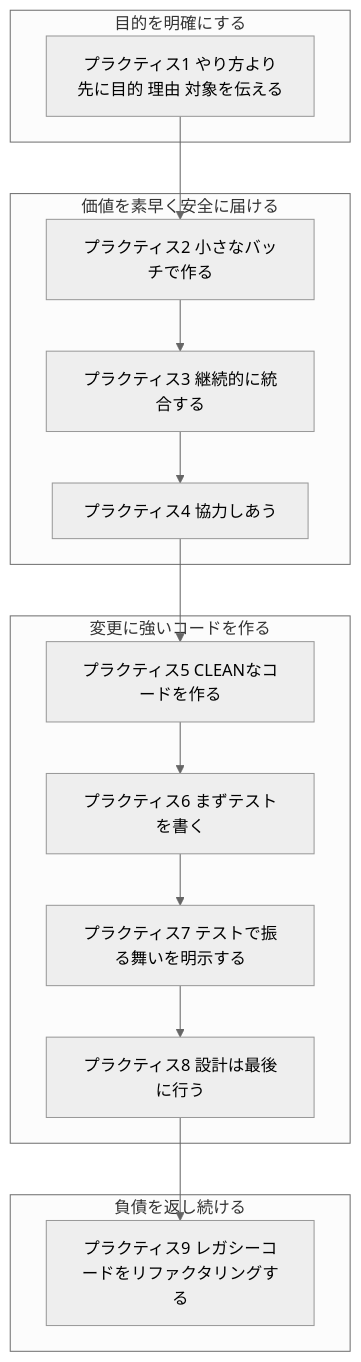
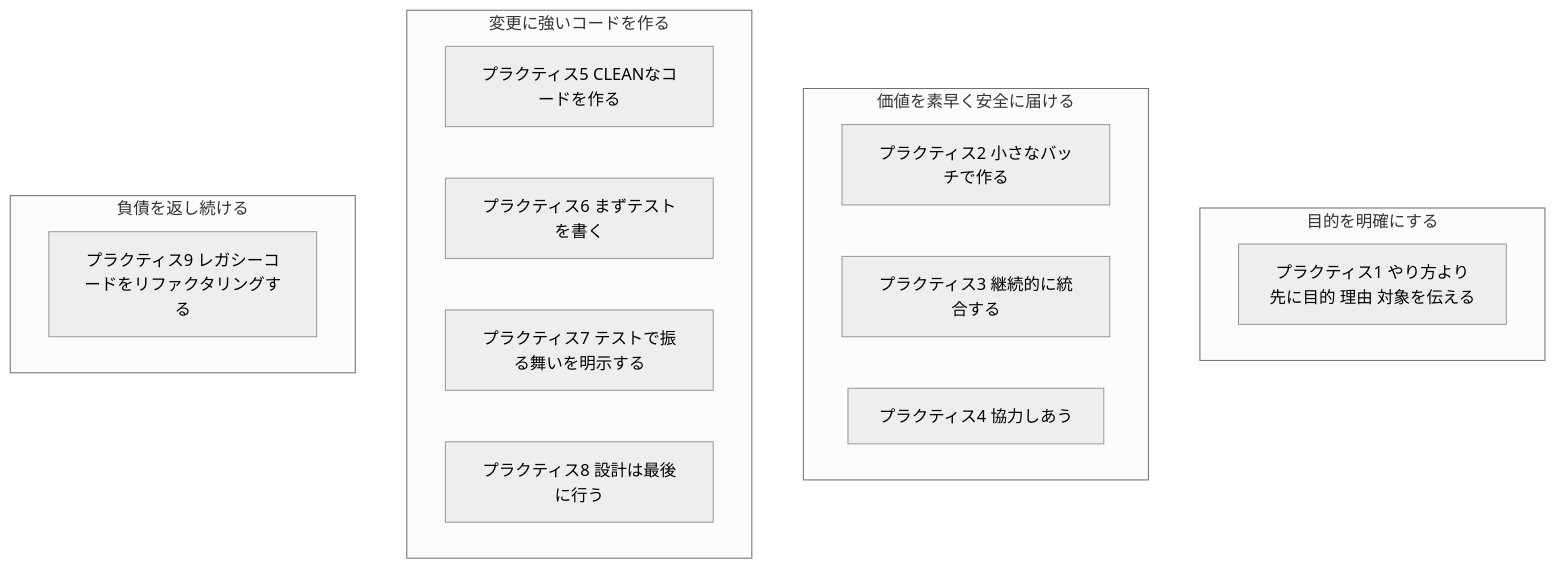
The third of 6 diagrams in Beyond-legacy-code-guide.md (myoshi2891/Cloud-Infrastructure-Studies), drawn with Mermaid (neutral theme) before and after one commit. The commit also changed other lines of this file, not shown here.

Commit message:
docs(legacy-code): clarify practice grouping in diagram and Clean Code Talks attribution in Beyond Legacy Code guide

````diff
--- a/Beyond-legacy-code-guide.md
+++ b/Beyond-legacy-code-guide.md
@@ -79,29 +79,20 @@
 ```mermaid
 flowchart TB
     subgraph G1["目的を明確にする"]
         P1["プラクティス1 やり方より先に目的 理由 対象を伝える"]
     end
     subgraph G2["価値を素早く安全に届ける"]
         P2["プラクティス2 小さなバッチで作る"]
         P3["プラクティス3 継続的に統合する"]
         P4["プラクティス4 協力しあう"]
     end
     subgraph G3["変更に強いコードを作る"]
         P5["プラクティス5 CLEANなコードを作る"]
         P6["プラクティス6 まずテストを書く"]
         P7["プラクティス7 テストで振る舞いを明示する"]
         P8["プラクティス8 設計は最後に行う"]
     end
     subgraph G4["負債を返し続ける"]
         P9["プラクティス9 レガシーコードをリファクタリングする"]
     end
-
-    P1 --> P2
-    P2 --> P3
-    P3 --> P4
-    P4 --> P5
-    P5 --> P6
-    P6 --> P7
-    P7 --> P8
-    P8 --> P9
 ```
````
